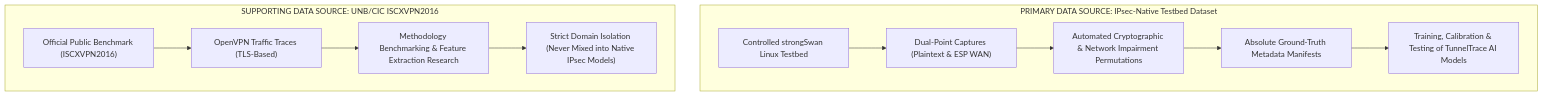
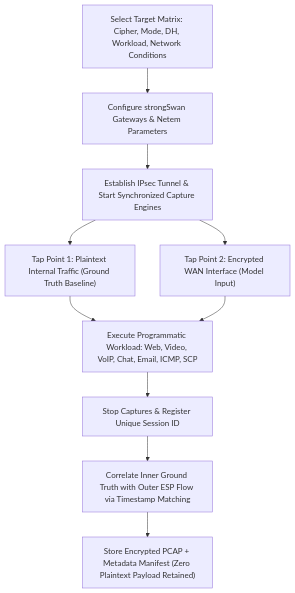
The sixth of 14 diagrams in docs/TUNNELTRACE_AI_MASTER_DOCUMENT.md (sharancode3/TunnelTrace-AI), drawn with Mermaid before and after one commit. The commit also changed other lines of this file, not shown here.

Commit message:
docs: update mentor master document with 60-part structure, markdown tables, and validated mermaid diagrams

````diff
--- a/docs/TUNNELTRACE_AI_MASTER_DOCUMENT.md
+++ b/docs/TUNNELTRACE_AI_MASTER_DOCUMENT.md
@@ -522,15 +572,12 @@
 ```mermaid
 graph TD
-    subgraph Primary ["PRIMARY DATA SOURCE: IPsec-Native Testbed Dataset"]
-        T1["Controlled strongSwan Linux Testbed"] --> T2["Dual-Point Captures (Plaintext & ESP WAN)"]
-        T2 --> T3["Automated Cryptographic & Network Impairment Permutations"]
-        T3 --> T4["Absolute Ground-Truth Metadata Manifests"]
-        T4 --> T5["Training, Calibration & Testing of TunnelTrace AI Models"]
-    end
-
-    subgraph Supporting ["SUPPORTING DATA SOURCE: UNB/CIC ISCXVPN2016"]
-        U1["Official Public Benchmark (ISCXVPN2016)"] --> U2["OpenVPN Traffic Traces (TLS-Based)"]
-        U2 --> U3["Methodology Benchmarking & Feature Extraction Research"]
-        U3 --> U4["Strict Domain Isolation (Never Mixed into Native IPsec Models)"]
-    end
+    A["Select Target Matrix: Cipher, Mode, DH, Workload, Network Conditions"] --> B["Configure strongSwan Gateways & Netem Parameters"]
+    B --> C["Establish IPsec Tunnel & Start Synchronized Capture Engines"]
+    C --> D["Tap Point 1: Plaintext Internal Traffic (Ground Truth Baseline)"]
+    C --> E["Tap Point 2: Encrypted WAN Interface (Model Input)"]
+    D --> F["Execute Programmatic Workload: Web, Video, VoIP, Chat, Email, ICMP, SCP"]
+    E --> F
+    F --> G["Stop Captures & Register Unique Session ID"]
+    G --> H["Correlate Inner Ground Truth with Outer ESP Flow via Timestamp Matching"]
+    H --> I["Store Encrypted PCAP + Metadata Manifest (Zero Plaintext Payload Retained)"]
 ```
````
